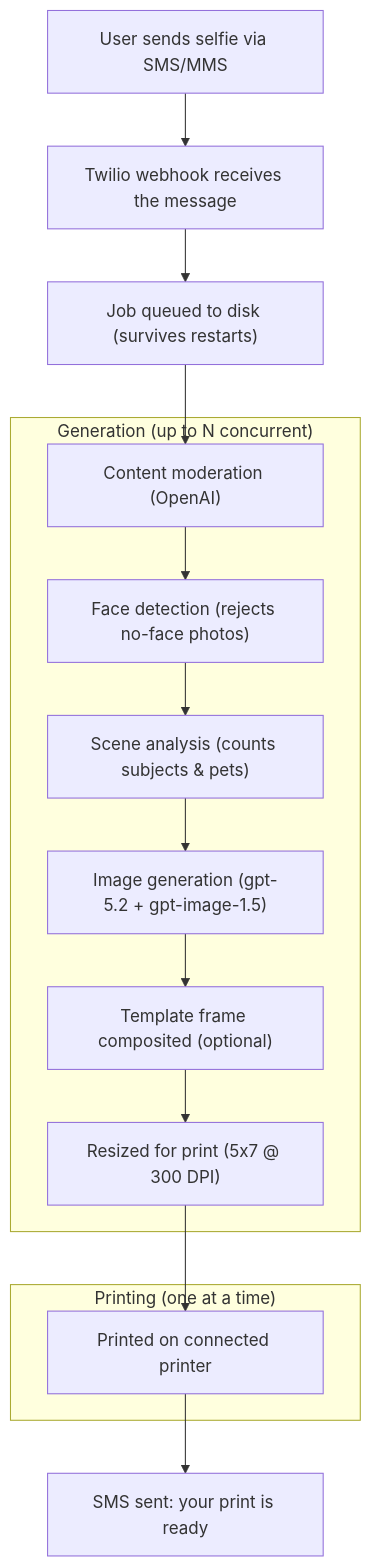
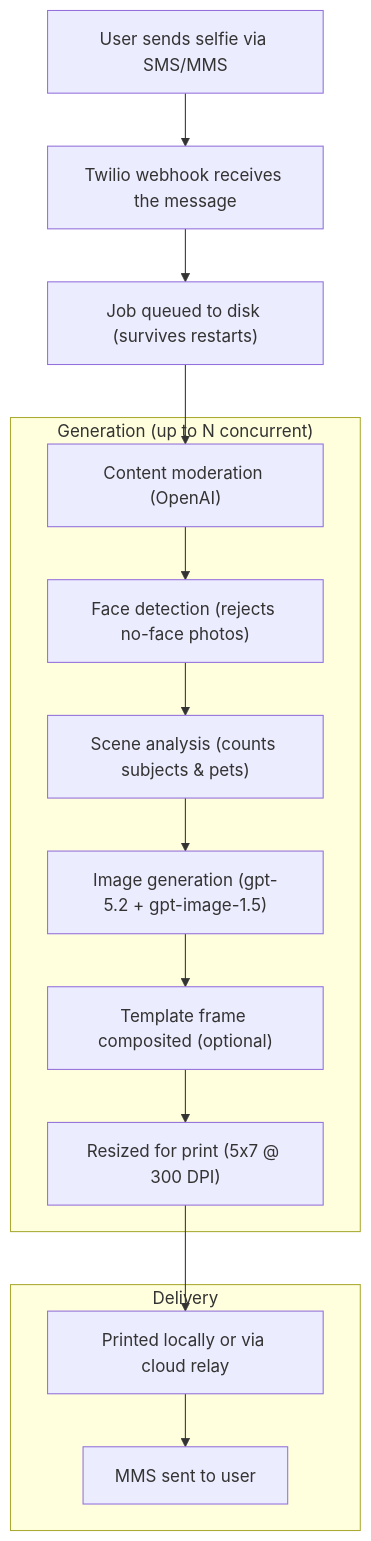
Before and after one commit to agithony/twilio-cartoon-printer: the diagram in README.md, drawn with Mermaid. The commit also changed other lines of this file and 2 other files, not shown here.

First line of the commit message:
Update README and GUIDE with cloud deployment and print relay docs

````diff
--- a/README.md
+++ b/README.md
@@ -7,23 +7,24 @@
 ```mermaid
 flowchart TB
   U["User sends selfie via SMS/MMS"] --> T["Twilio webhook receives the message"]
   T --> Q["Job queued to disk (survives restarts)"]
 
   subgraph G["Generation (up to N concurrent)"]
     M["Content moderation (OpenAI)"]
     F["Face detection (rejects no-face photos)"]
     A["Scene analysis (counts subjects & pets)"]
     I["Image generation (gpt-5.2 + gpt-image-1.5)"]
     C["Template frame composited (optional)"]
     R["Resized for print (5x7 @ 300 DPI)"]
     M --> F --> A --> I --> C --> R
   end
 
   Q --> M
 
-  subgraph P["Printing (one at a time)"]
-    P1["Printed on connected printer"]
+  subgraph P["Delivery"]
+    P1["Printed locally or via cloud relay"]
+    P2["MMS sent to user"]
   end
 
-  R --> P1 --> S["SMS sent: your print is ready"]
+  R --> P1 --> P2
 ```
````
